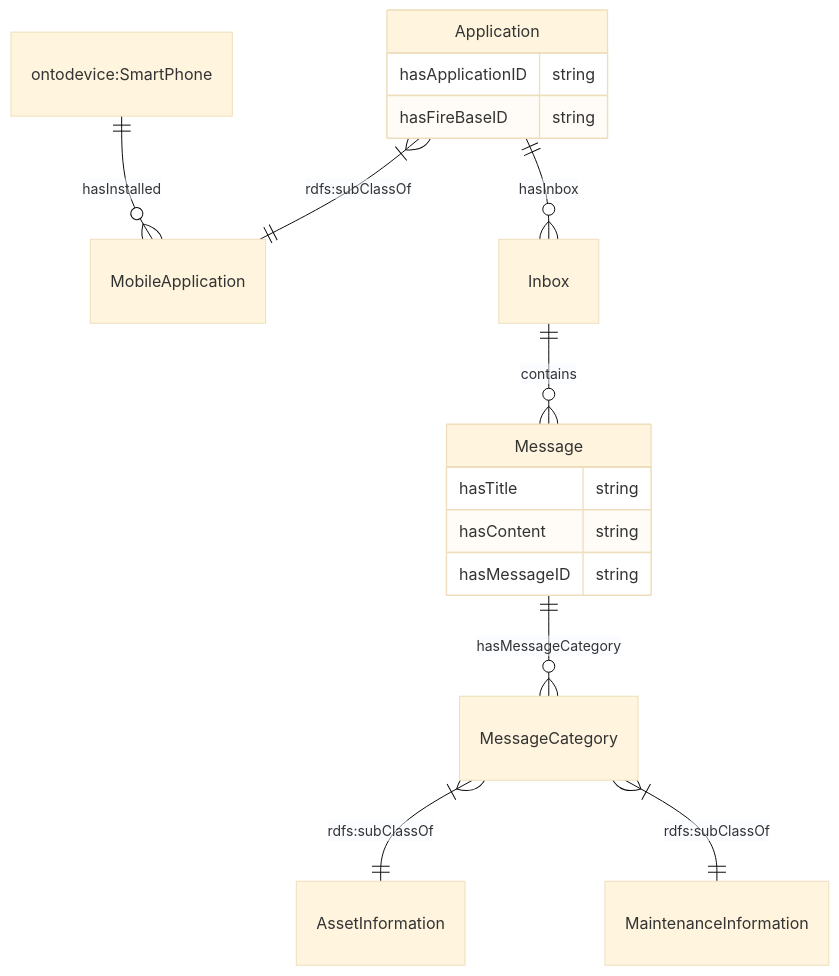
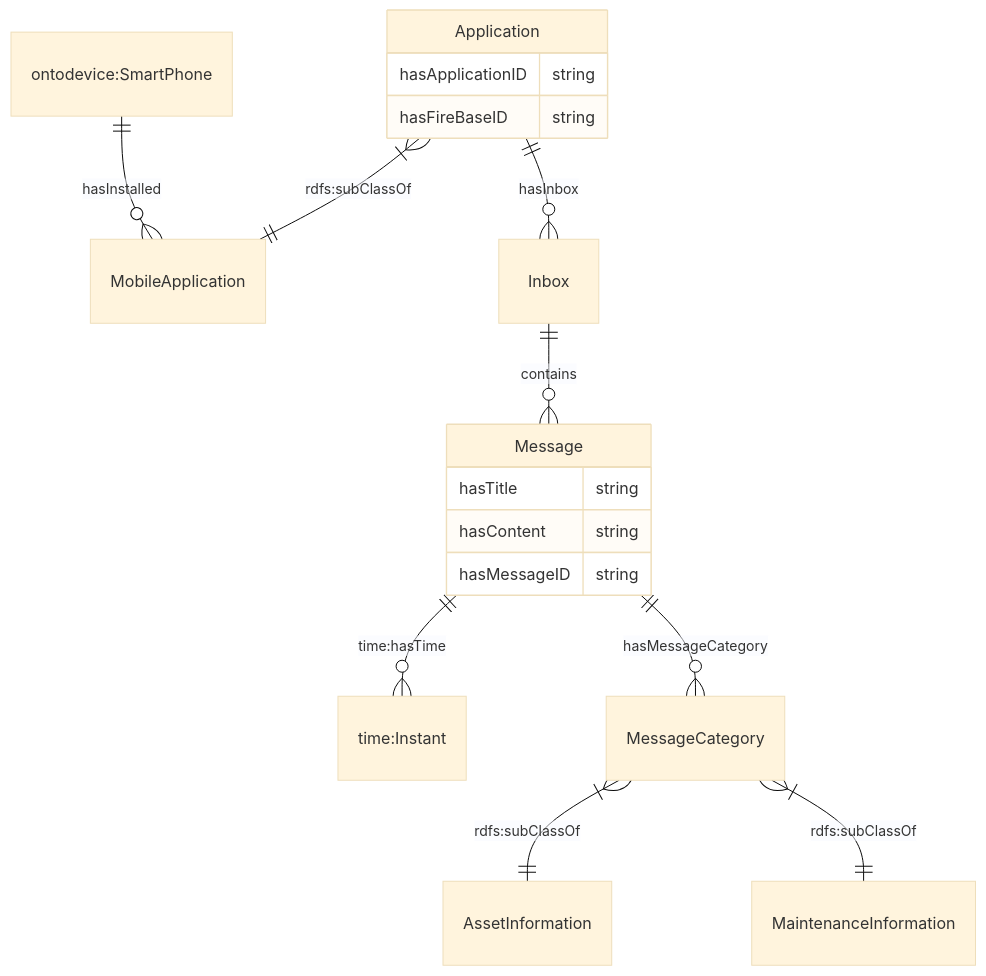
One commit to cambridge-cares/TheWorldAvatar changed the diagram in JPS_Ontology/ontology/ontoapplication/README.MD. Above: the diagram before and after it, drawn with Mermaid (base theme). The commit also changed other lines of this file, not shown here.

````diff
--- a/JPS_Ontology/ontology/ontoapplication/README.MD
+++ b/JPS_Ontology/ontology/ontoapplication/README.MD
@@ -7,19 +8,20 @@
 ```mermaid
     erDiagram
     "ontodevice:SmartPhone" ||--o{ "MobileApplication" : hasInstalled
     "Application" }|--|| "MobileApplication" : "rdfs:subClassOf"
     "Application" ||--o{ "Inbox" : hasInbox
     "Inbox" ||--o{ "Message" : contains
+    "Message" ||--o{ "time:Instant" : "time:hasTime"
     "Message" ||--o{ "MessageCategory" : hasMessageCategory
     "MessageCategory" }|--|| "AssetInformation" : "rdfs:subClassOf"
     "MessageCategory" }|--|| "MaintenanceInformation" : "rdfs:subClassOf"
     "Application" {
         hasApplicationID string
         hasFireBaseID string
     }
     "Message" {
         hasTitle string
         hasContent string
         hasMessageID string
     }
 ```
````
